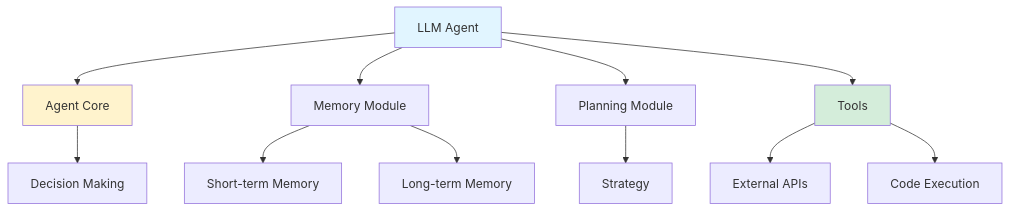
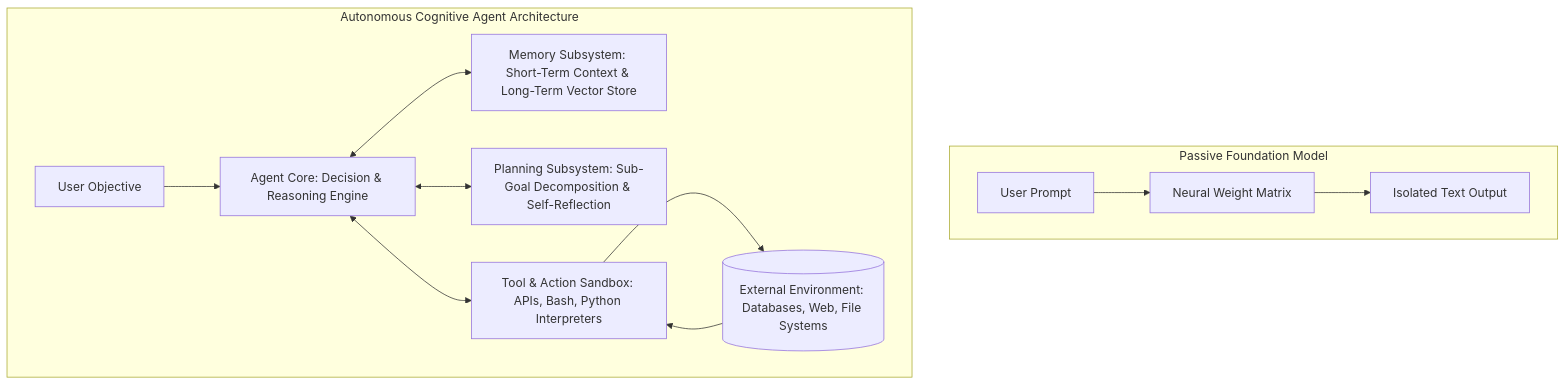
The first of 5 diagrams in _posts/2024/04/2024-04-24-llm-agents.md (akillness/akillness.github.io), drawn with Mermaid before and after one commit. The commit also changed other lines of this file and 1 other file, not shown here.

Commit message:
archive(dev): rebuild llm-agents from 2024-04 note

````diff
--- a/_posts/2024/04/2024-04-24-llm-agents.md
+++ b/_posts/2024/04/2024-04-24-llm-agents.md
@@ -49,18 +20,16 @@
 ```mermaid
-graph TB
-    A[LLM Agent] --> B[Agent Core]
-    A --> C[Memory Module]
-    A --> D[Planning Module]
-    A --> E[Tools]
-    
-    B --> F[Decision Making]
-    C --> G[Short-term Memory]
-    C --> H[Long-term Memory]
-    D --> I[Strategy]
-    E --> J[External APIs]
-    E --> K[Code Execution]
-    
-    style A fill:#e1f5ff
-    style B fill:#fff3cd
-    style E fill:#d4edda
+graph TD
+    subgraph PassiveInference["Passive Foundation Model"]
+        P[User Prompt] --> LLM[Neural Weight Matrix]
+        LLM --> Out[Isolated Text Output]
+    end
+
+    subgraph AutonomousAgentSystem["Autonomous Cognitive Agent Architecture"]
+        U[User Objective] --> Core[Agent Core: Decision & Reasoning Engine]
+        Core <--> Mem[Memory Subsystem: Short-Term Context & Long-Term Vector Store]
+        Core <--> Plan[Planning Subsystem: Sub-Goal Decomposition & Self-Reflection]
+        Core <--> Tool[Tool & Action Sandbox: APIs, Bash, Python Interpreters]
+        Tool --> Env[(External Environment: Databases, Web, File Systems)]
+        Env --> Tool
+    end
 ```
````
